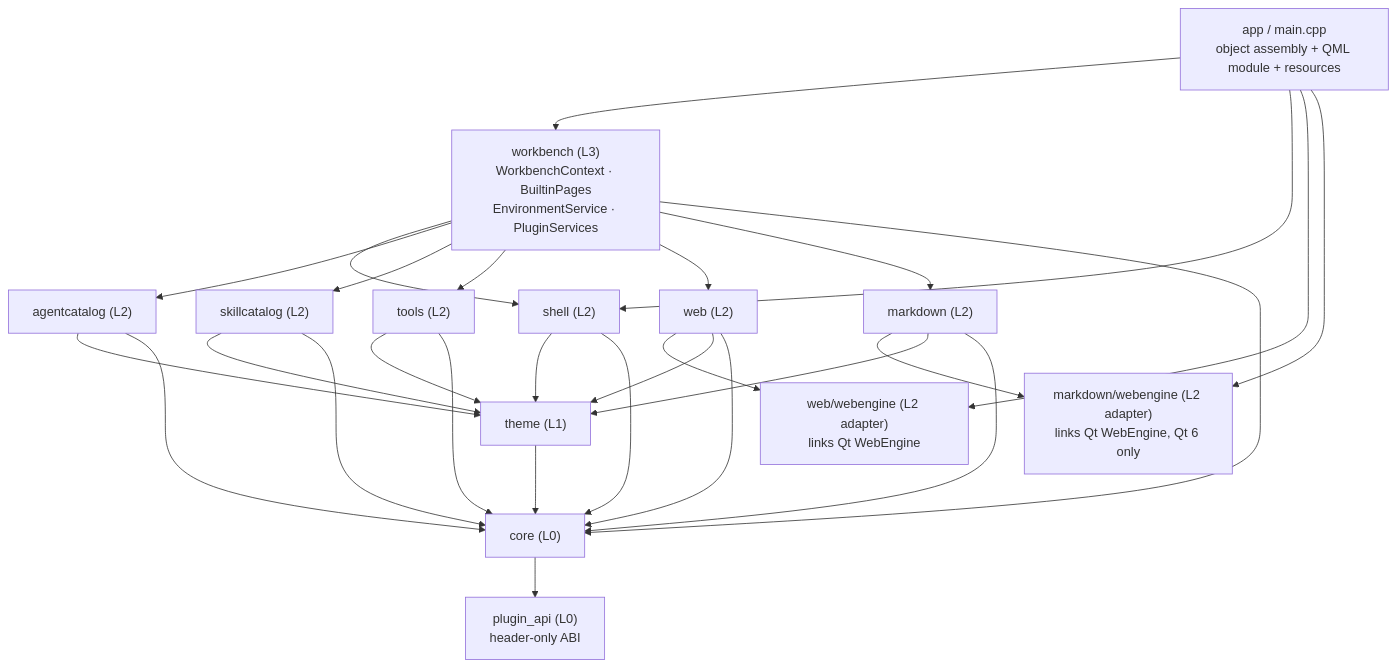
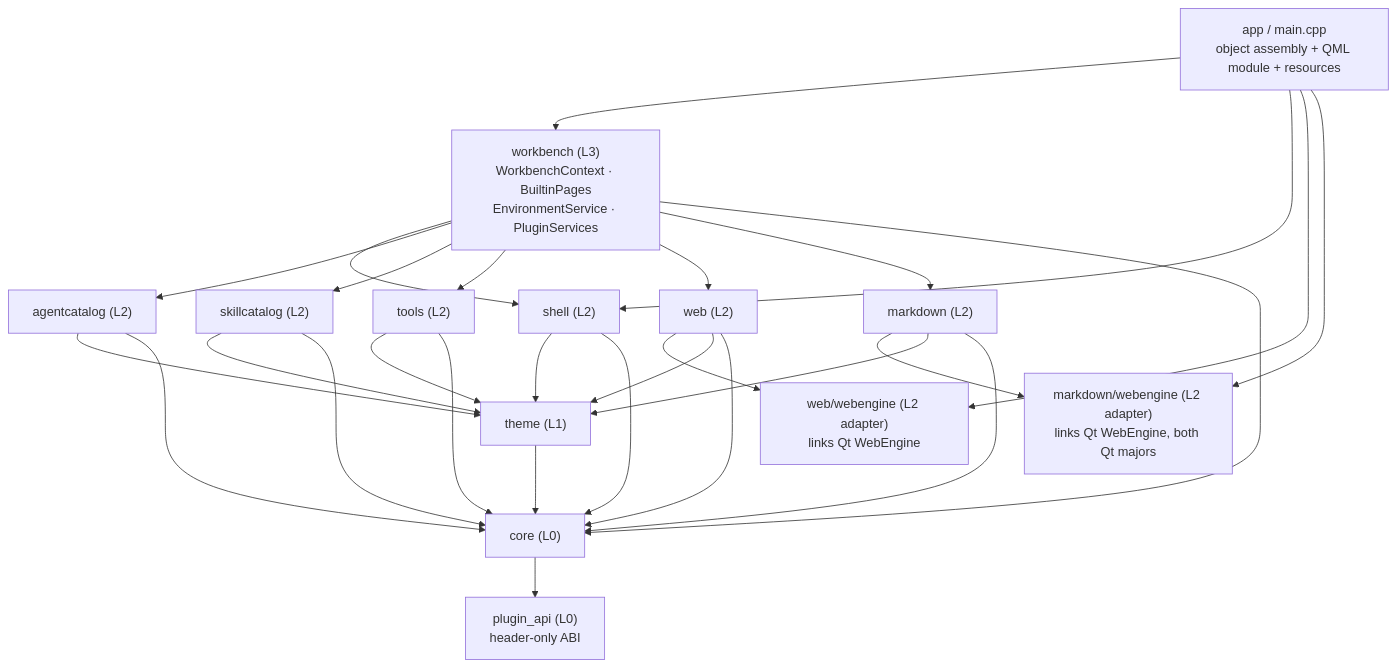
One commit to czyt1988/AgentWorkbench changed the first of 4 diagrams in docs/architecture/index.md. Above: the diagram before and after it, drawn with Mermaid. The commit also changed other lines of this file and 8 other files, not shown here.

````diff
--- a/docs/architecture/index.md
+++ b/docs/architecture/index.md
@@ -48,44 +48,44 @@
 ```mermaid
 flowchart TB
     app["app / main.cpp<br/>object assembly + QML module + resources"]
     workbench["workbench (L3)<br/>WorkbenchContext · BuiltinPages<br/>EnvironmentService · PluginServices"]
     shell["shell (L2)"]
     agentcatalog["agentcatalog (L2)"]
     skillcatalog["skillcatalog (L2)"]
     tools["tools (L2)"]
     web["web (L2)"]
     webengine["web/webengine (L2 adapter)<br/>links Qt WebEngine"]
     markdown["markdown (L2)"]
-    mdwebengine["markdown/webengine (L2 adapter)<br/>links Qt WebEngine, Qt 6 only"]
+    mdwebengine["markdown/webengine (L2 adapter)<br/>links Qt WebEngine, both Qt majors"]
     theme["theme (L1)"]
     core["core (L0)"]
     pluginapi["plugin_api (L0)<br/>header-only ABI"]
 
     app --> workbench
     app --> shell
     app --> webengine
     app --> mdwebengine
     workbench --> shell
     workbench --> agentcatalog
     workbench --> skillcatalog
     workbench --> tools
     workbench --> web
     workbench --> markdown
     web --> webengine
     markdown --> mdwebengine
     agentcatalog --> theme
     skillcatalog --> theme
     tools --> theme
     markdown --> theme
     web --> theme
     shell --> theme
     theme --> core
     agentcatalog --> core
     skillcatalog --> core
     tools --> core
     markdown --> core
     web --> core
     shell --> core
     workbench --> core
     core --> pluginapi
 ```
````
